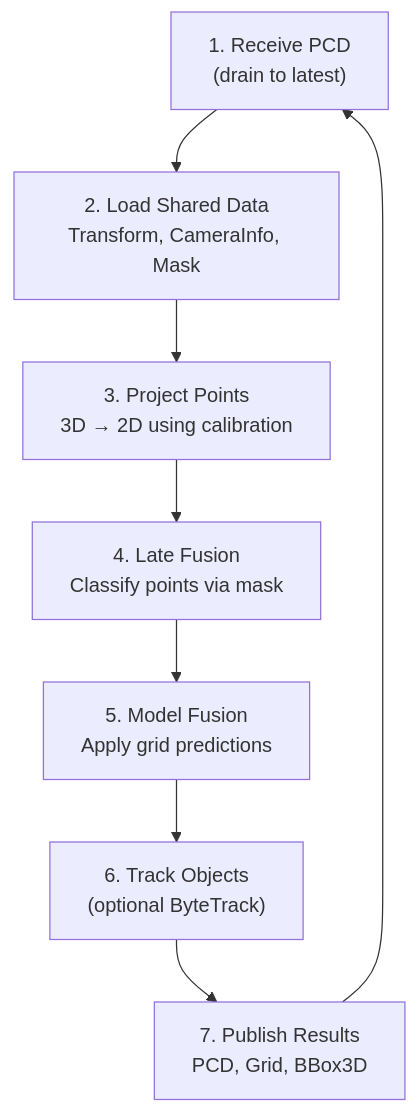
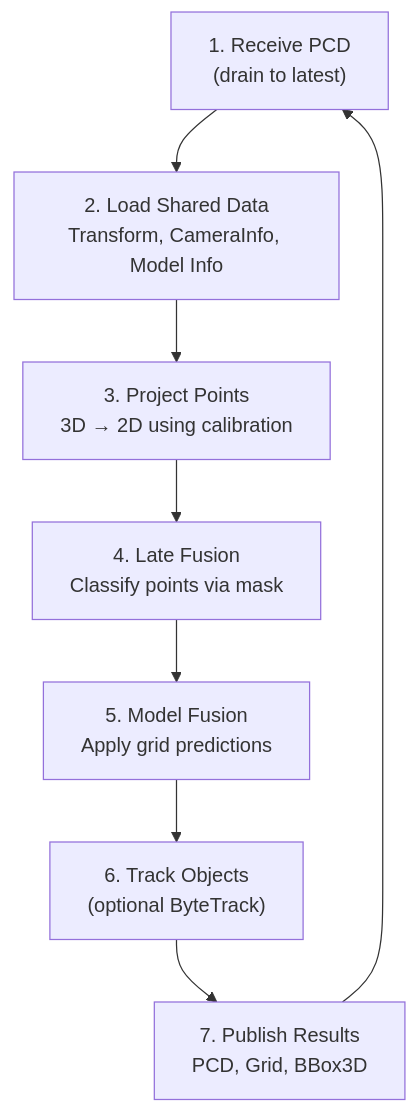
One commit to EdgeFirstAI/fusion changed the second of 4 diagrams in ARCHITECTURE.md. Above: the diagram before and after it, drawn with Mermaid. The commit also changed other lines of this file and 15 other files, not shown here.

````diff
--- a/ARCHITECTURE.md
+++ b/ARCHITECTURE.md
@@ -133,10 +136,10 @@
 ```mermaid
 graph TD
-    Receive["1. Receive PCD<br/>(drain to latest)"] --> Load["2. Load Shared Data<br/>Transform, CameraInfo, Mask"]
+    Receive["1. Receive PCD<br/>(drain to latest)"] --> Load["2. Load Shared Data<br/>Transform, CameraInfo, Model Info"]
     Load --> Project["3. Project Points<br/>3D → 2D using calibration"]
     Project --> Classify["4. Late Fusion<br/>Classify points via mask"]
     Classify --> ModelFuse["5. Model Fusion<br/>Apply grid predictions"]
     ModelFuse --> Track["6. Track Objects<br/>(optional ByteTrack)"]
     Track --> Publish["7. Publish Results<br/>PCD, Grid, BBox3D"]
     Publish --> Receive
 ```
````
